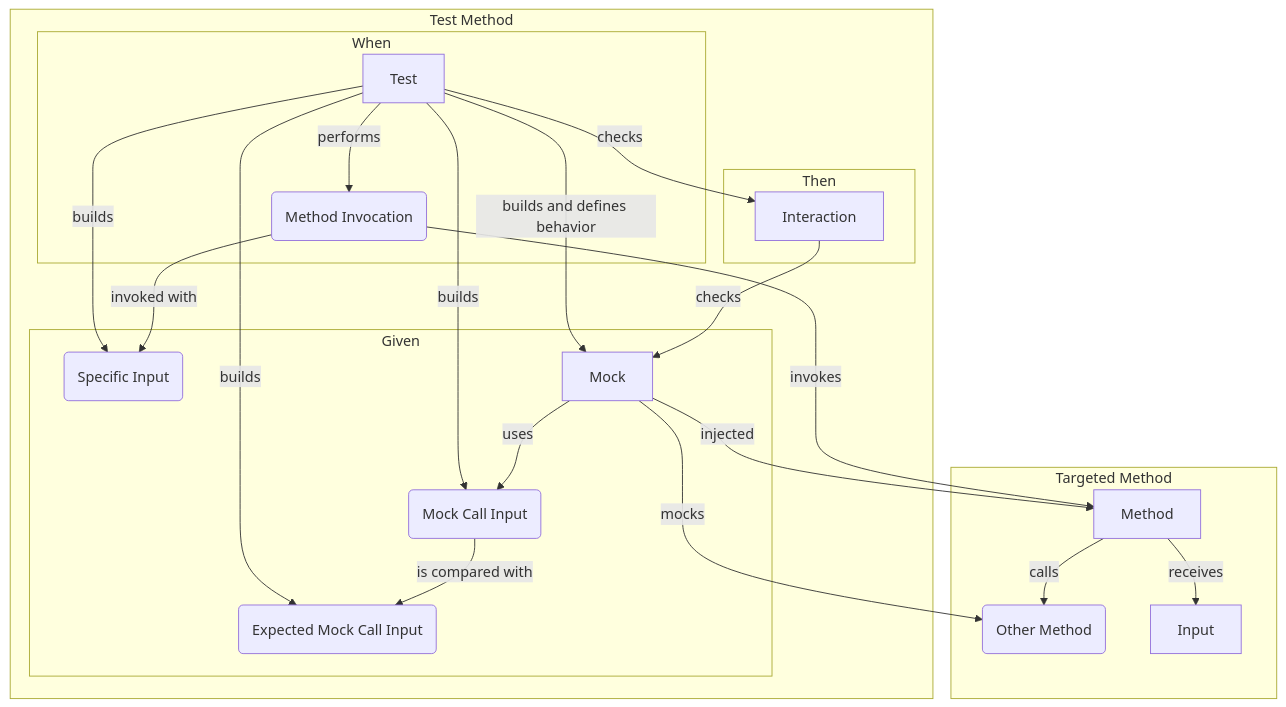
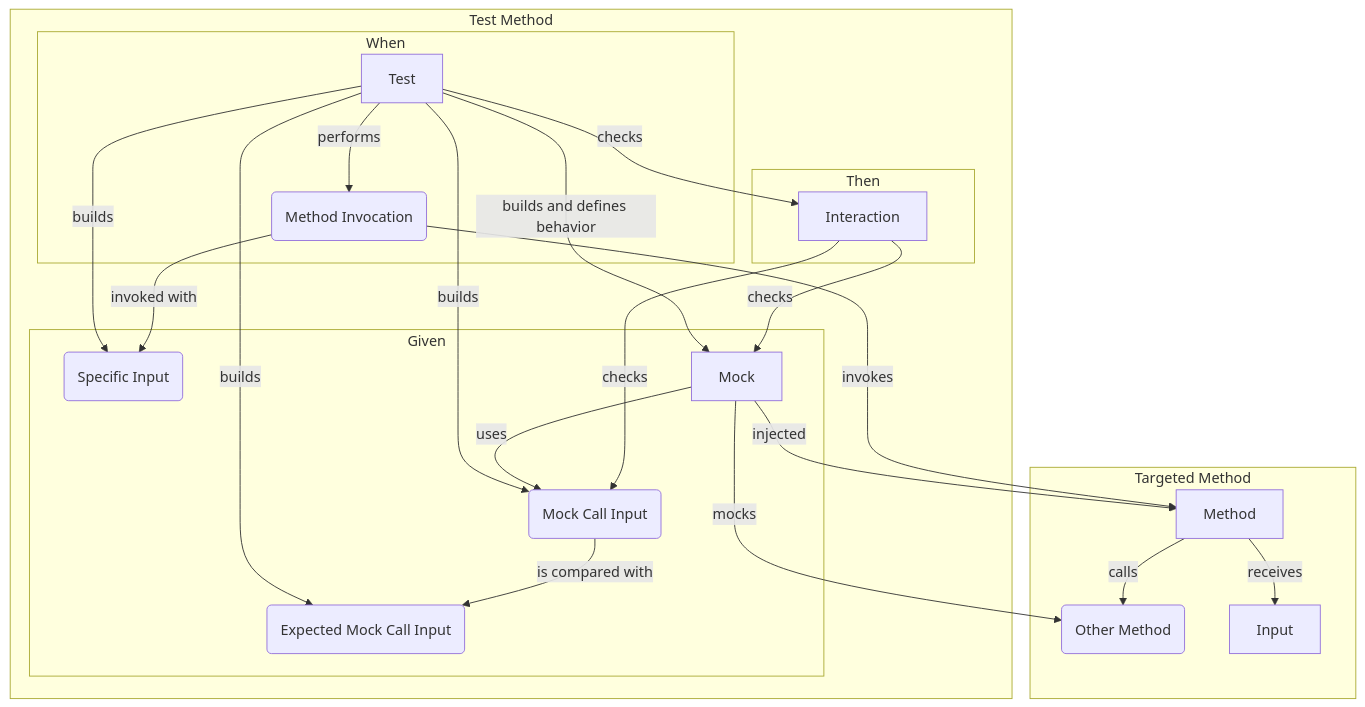
Before and after one commit to ghitacornel/docs: the fourth of 4 diagrams in technology/UnitTests guidelines.md, drawn with Mermaid.

````diff
--- a/technology/UnitTests guidelines.md
+++ b/technology/UnitTests guidelines.md
@@ -96,35 +96,35 @@
 ```mermaid
 graph v
     subgraph Targeted Method
         OM(Other Method)
         Method--receives-->Input
         Method--calls-->OM
     end
     subgraph Test Method
         subgraph Given
             SI(Specific Input)
             Mock
             MCI(Mock Call Input)
             EMCI(Expected Mock Call Input)
         end
         subgraph When
             MI(Method Invocation)
             Test--builds-->SI
             Test--builds and defines behavior-->Mock
             Test--builds-->MCI
             Test--builds-->EMCI
             Mock--injected-->Method
             Mock--mocks-->OM
             Mock--uses-->MCI
             Test--performs-->MI
             MI--invoked with-->SI
             MI--invokes-->Method
         end
         subgraph Then
             Interaction
             Test--checks-->Interaction
             Interaction--checks-->Mock
-            MCI--is compared with-->EMCI
+            Interaction--checks-->MCI--is compared with-->EMCI
         end
     end
 ```
````
